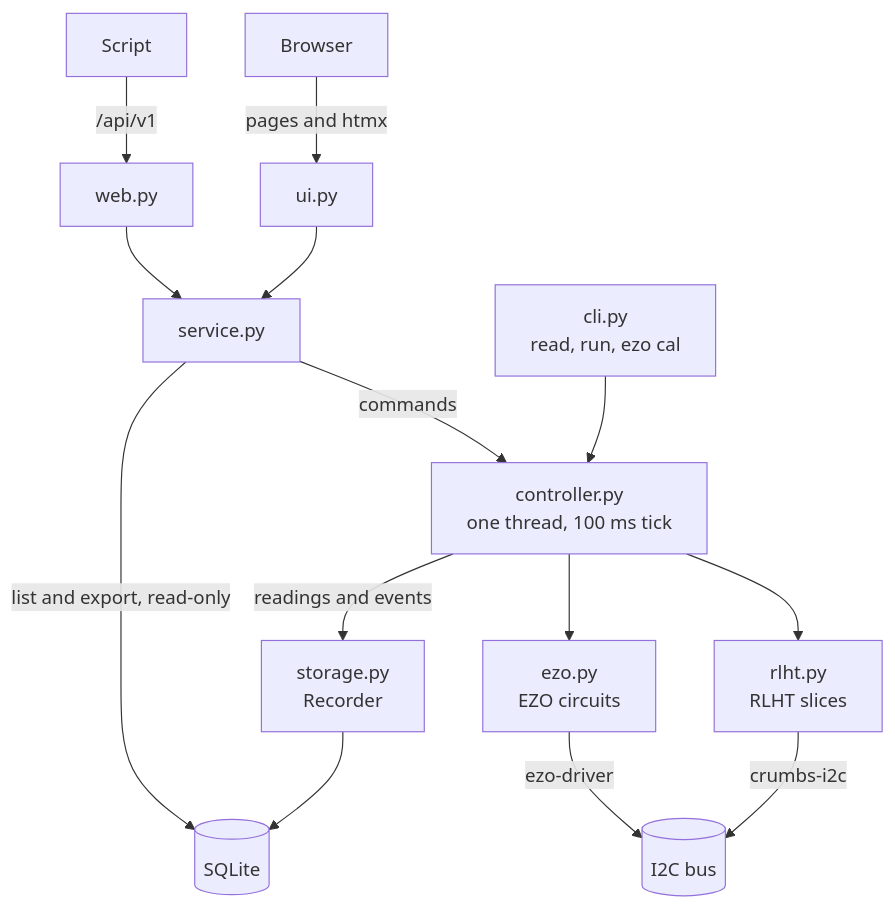
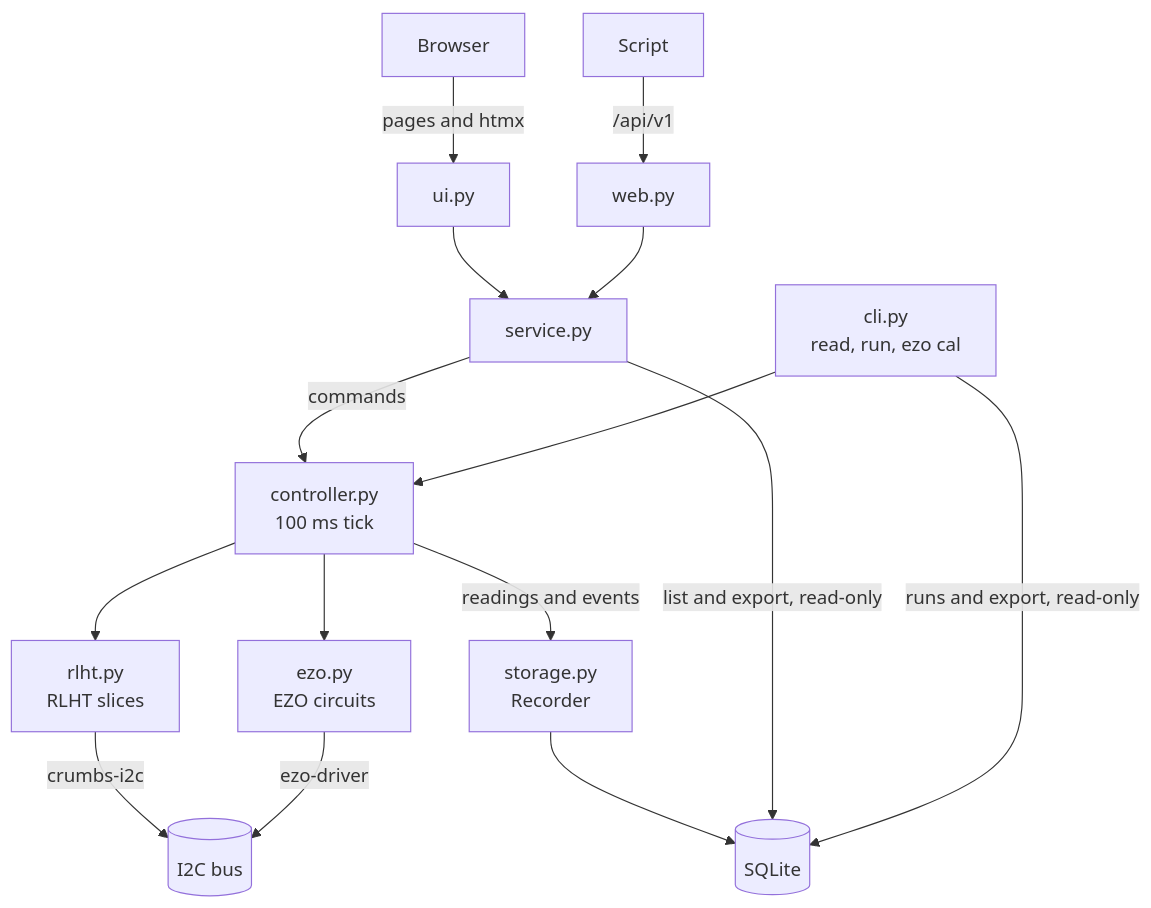
The diagram in docs/development.md (uwo-fast/openreactor), drawn with Mermaid before and after one commit. The commit also changed other lines of this file, not shown here.

````diff
--- a/docs/development.md
+++ b/docs/development.md
@@ -40,16 +40,17 @@
 ```mermaid
 flowchart TD
     browser["Browser"] -->|"pages and htmx"| ui["ui.py"]
     client["Script"] -->|"/api/v1"| web["web.py"]
     ui --> service["service.py"]
     web --> service
-    service -->|"commands"| controller["controller.py<br/>one thread, 100 ms tick"]
+    service -->|"commands"| controller["controller.py<br/>100 ms tick"]
     cli["cli.py<br/>read, run, ezo cal"] --> controller
     controller --> rlht["rlht.py<br/>RLHT slices"]
     controller --> ezo["ezo.py<br/>EZO circuits"]
     rlht -->|"crumbs-i2c"| bus[("I2C bus")]
     ezo -->|"ezo-driver"| bus
     controller -->|"readings and events"| recorder["storage.py<br/>Recorder"]
     recorder --> db[("SQLite")]
     service -->|"list and export, read-only"| db
+    cli -->|"runs and export, read-only"| db
 ```
````
